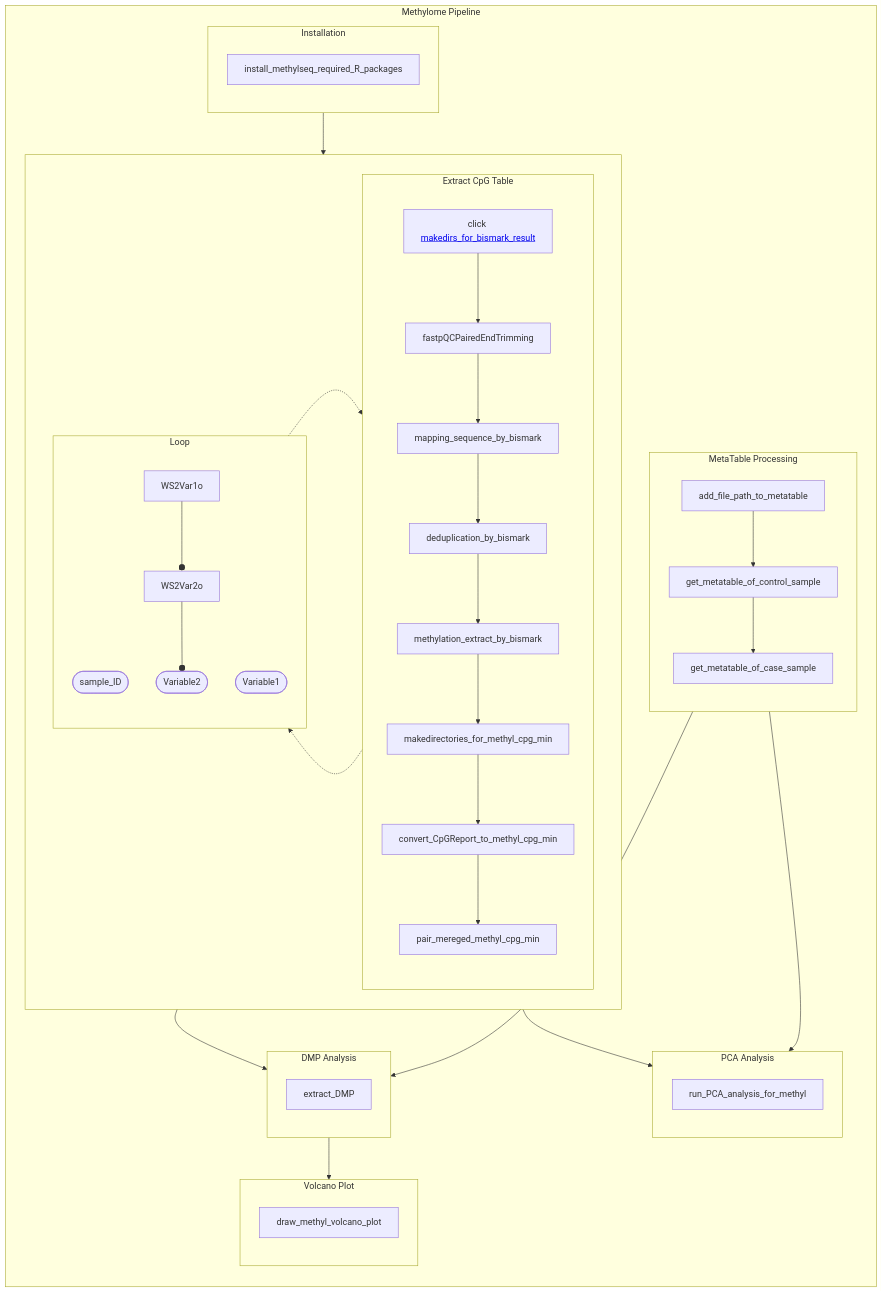
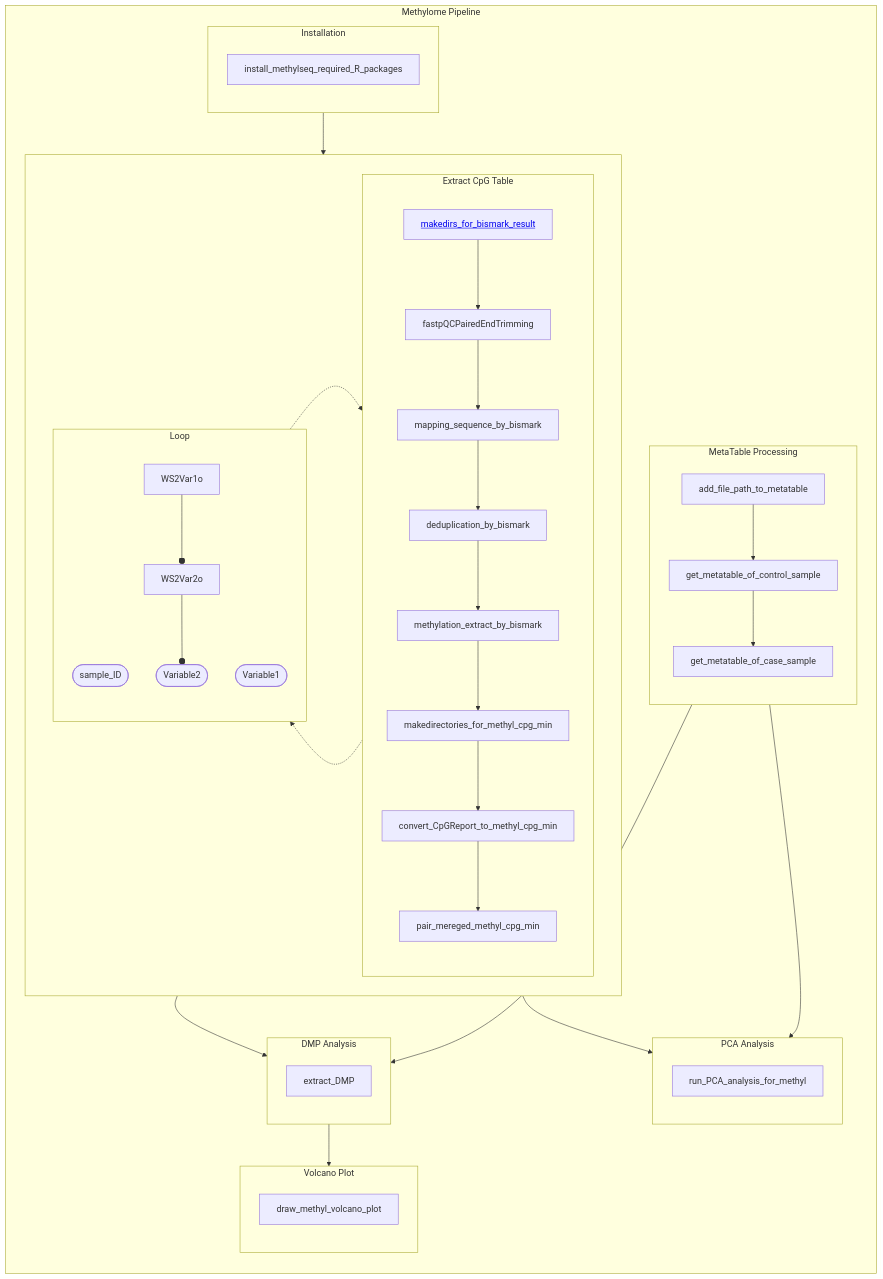
The diagram in Mermaid_Test.md (Yoonsung1203/Yoonsung1203), drawn with Mermaid before and after one commit. The commit also changed other lines of this file, not shown here.

````diff
--- a/Mermaid_Test.md
+++ b/Mermaid_Test.md
@@ -1,56 +5,56 @@
 ```mermaid
   flowchart TB
     subgraph Total["Methylome Pipeline"]
       direction TB
       subgraph WS1["Installation"]
         direction TB
         W1["install_methylseq_required_R_packages"]
         click W1 href "http://www.github.com"
       end
       subgraph WS2[" "]
         direction LR
         subgraph WS2Loop["Extract CpG Table"]
           direction TB
-          W2[click <a href=http://google.com>makedirs_for_bismark_result</a>]-->W3["fastpQCPairedEndTrimming"]
+          W2[<a href=#section1>makedirs_for_bismark_result</a>]-->W3["fastpQCPairedEndTrimming"]
           W3-->W4["mapping_sequence_by_bismark"]
           W4-->W5["deduplication_by_bismark"]
           W5-->W6["methylation_extract_by_bismark"]
           W6-->W7["makedirectories_for_methyl_cpg_min"]
           W7-->W8["convert_CpGReport_to_methyl_cpg_min"]
           W8-->W9["pair_mereged_methyl_cpg_min"]
         end
         subgraph WS2LoopVariable["Loop"]
           direction TB
           WS2Var1(["sample_ID"])
           WS2Var2(["Variable1"])
           WS2Var3(["Variable2"])
           WS2Var1o--oWS2Var2o--oWS2Var3
         end
         WS2Loop-.->WS2LoopVariable
         WS2LoopVariable-.->WS2Loop
       end
       subgraph WS3["MetaTable Processing"]
         direction TB
         W10["add_file_path_to_metatable"]-->W11["get_metatable_of_control_sample"]
         W11-->W12["get_metatable_of_case_sample"]
       end
       subgraph WS4["DMP Analysis"]
         direction TB
         W13["extract_DMP"]
       end
       subgraph WS5["PCA Analysis"]
         direction TB
         W14["run_PCA_analysis_for_methyl"]
       end
       subgraph WS6["Volcano Plot"]
         direction TB
         W15["draw_methyl_volcano_plot"]
       end
       WS1-->WS2
       WS2-->WS4
       WS3-->WS4
       WS3-->WS5
       WS2-->WS5
       WS4-->WS6
     end
 ```
````
